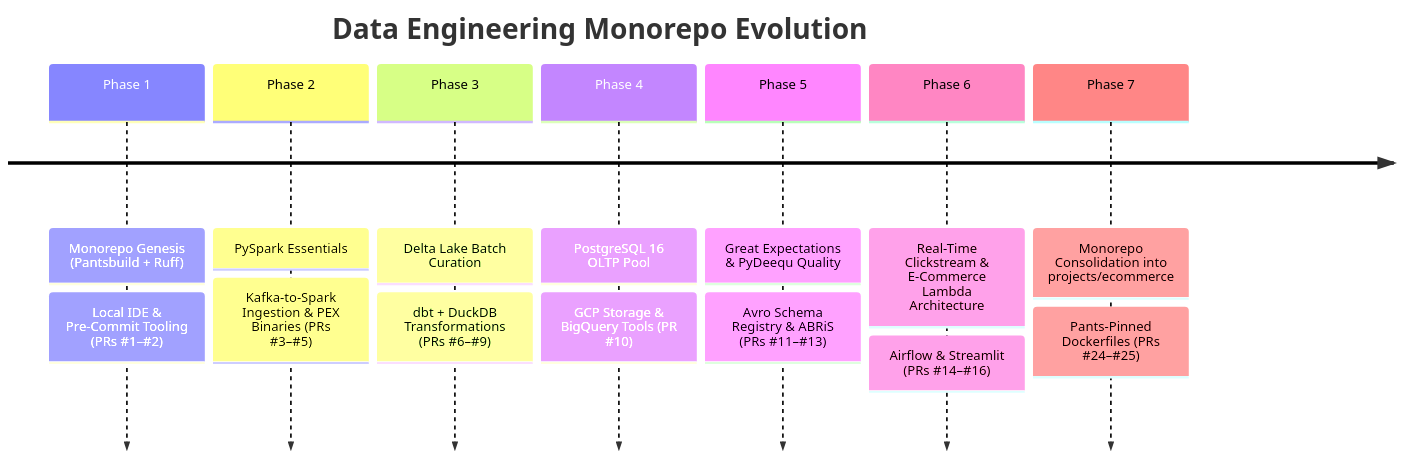
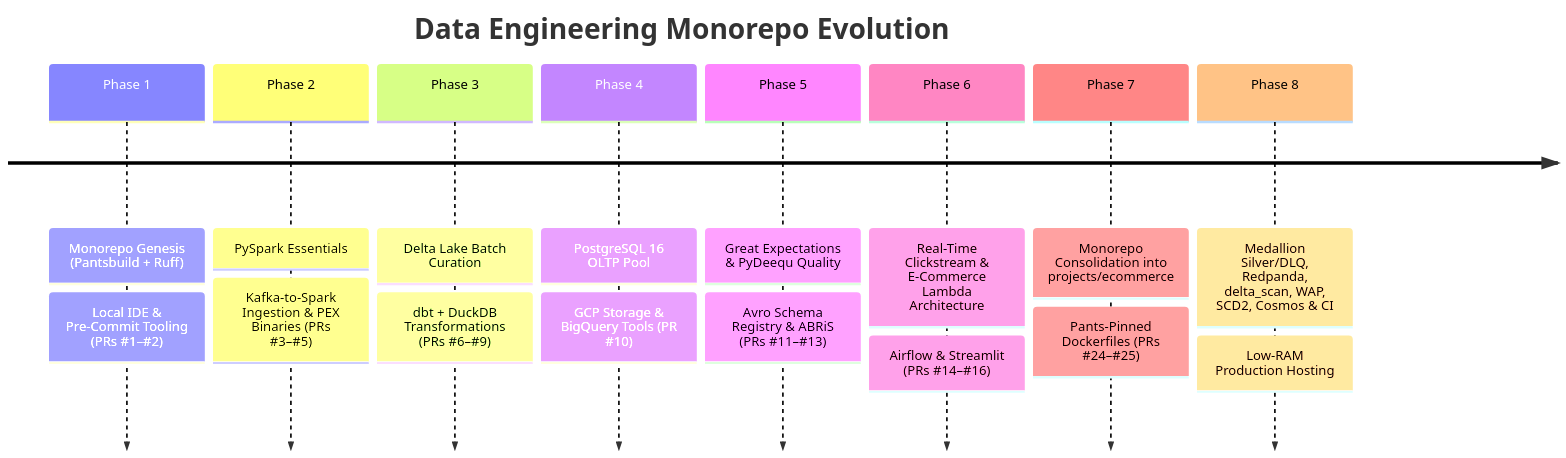
The diagram in docs/wiki/Project-History.md (JayKay24/data-engineering), drawn with Mermaid before and after one commit. The commit also changed other lines of this file and 77 other files, not shown here.

Commit message:
feat(ecommerce): modernize pipeline to Medallion Lakehouse with Redpanda, WAP DuckDB, SCD2, Cosmos & CI

````diff
--- a/docs/wiki/Project-History.md
+++ b/docs/wiki/Project-History.md
@@ -9,11 +9,12 @@
 ```mermaid
 timeline
   title Data Engineering Monorepo Evolution
   Phase 1 : Monorepo Genesis (Pantsbuild + Ruff) : Local IDE & Pre-Commit Tooling (PRs #1–#2)
   Phase 2 : PySpark Essentials : Kafka-to-Spark Ingestion & PEX Binaries (PRs #3–#5)
   Phase 3 : Delta Lake Batch Curation : dbt + DuckDB Transformations (PRs #6–#9)
   Phase 4 : PostgreSQL 16 OLTP Pool : GCP Storage & BigQuery Tools (PR #10)
   Phase 5 : Great Expectations & PyDeequ Quality : Avro Schema Registry & ABRiS (PRs #11–#13)
   Phase 6 : Real-Time Clickstream & E-Commerce Lambda Architecture : Airflow & Streamlit (PRs #14–#16)
   Phase 7 : Monorepo Consolidation into projects/ecommerce : Pants-Pinned Dockerfiles (PRs #24–#25)
+  Phase 8 : Medallion Silver/DLQ, Redpanda, delta_scan, WAP, SCD2, Cosmos & CI : Low-RAM Production Hosting
 ```
````
